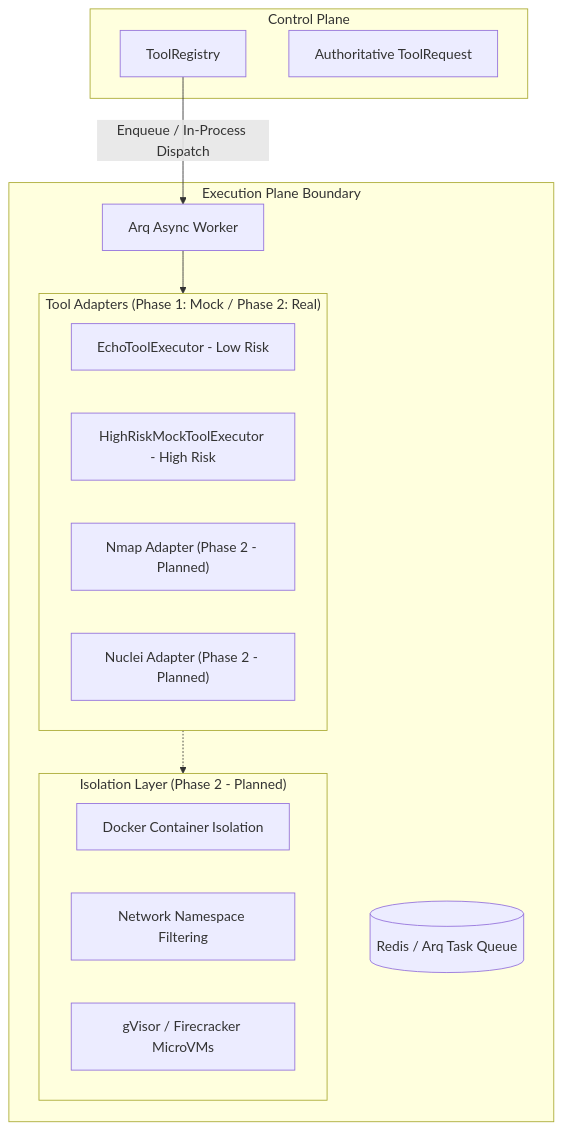
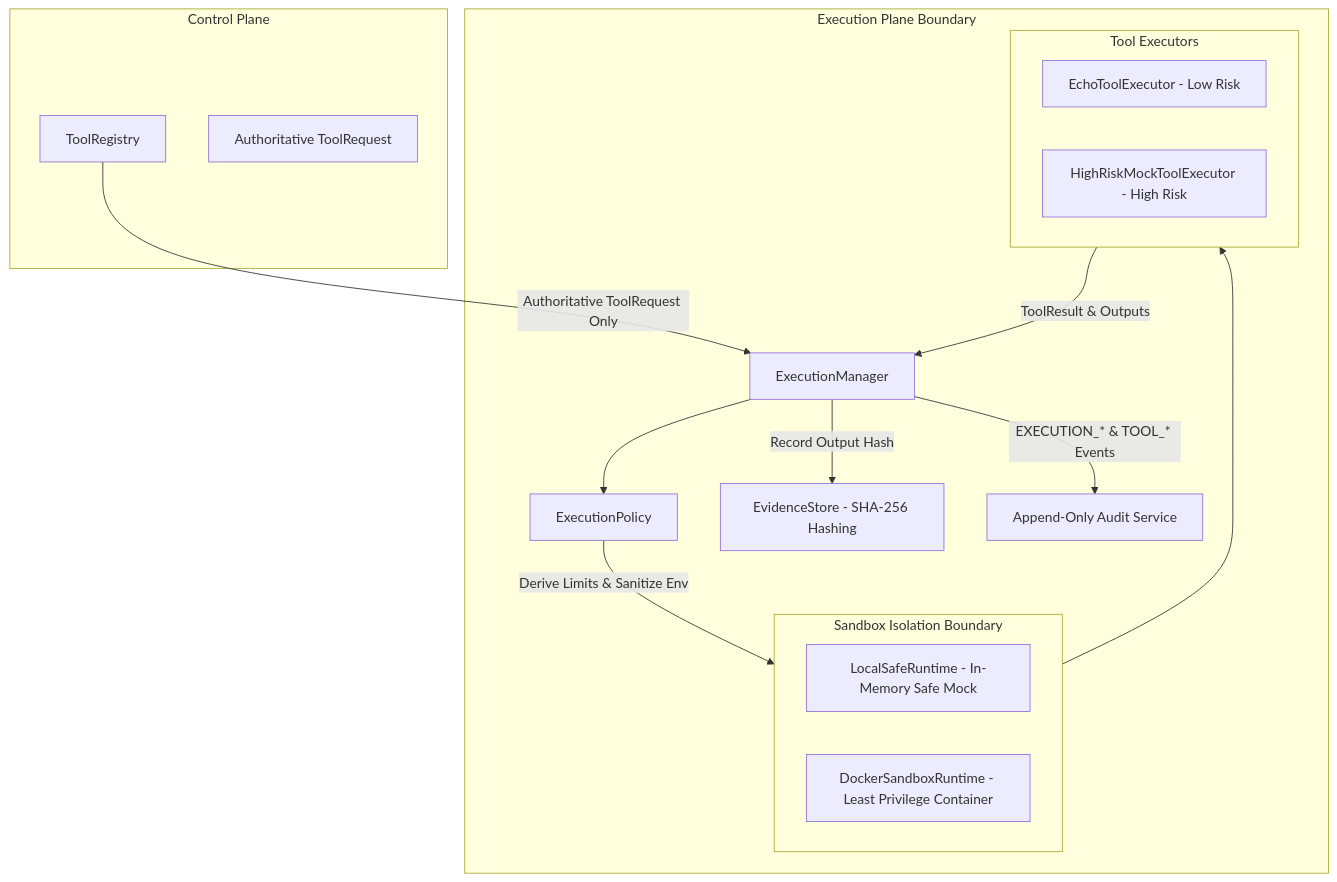
The diagram in docs/architecture/execution-plane.md (jivi001/ARKA), drawn with Mermaid before and after one commit. The commit also changed other lines of this file and 22 other files, not shown here.

Commit message:
2.1-implement secure execution engine with sandbox runtime and policy enforcement

````diff
--- a/docs/architecture/execution-plane.md
+++ b/docs/architecture/execution-plane.md
@@ -9,29 +9,33 @@
 ```mermaid
 graph TD
     subgraph ControlPlane["Control Plane"]
         TR[ToolRegistry]
         AuthReq[Authoritative ToolRequest]
     end
 
     subgraph ExecutionPlane["Execution Plane Boundary"]
-        Queue[(Redis / Arq Task Queue)]
-        Worker[Arq Async Worker]
+        EM[ExecutionManager]
+        EP[ExecutionPolicy]
         
-        subgraph Adapters["Tool Adapters (Phase 1: Mock / Phase 2: Real)"]
+        subgraph IsolationRuntimes["Sandbox Isolation Boundary"]
+            LocalRT[LocalSafeRuntime - In-Memory Safe Mock]
+            DockerRT[DockerSandboxRuntime - Least Privilege Container]
+        end
+
+        subgraph Adapters["Tool Executors"]
             Echo[EchoToolExecutor - Low Risk]
             HighMock[HighRiskMockToolExecutor - High Risk]
-            NmapAdapter["Nmap Adapter (Phase 2 - Planned)"]
-            NucleiAdapter["Nuclei Adapter (Phase 2 - Planned)"]
         end
-
-        subgraph Isolation["Isolation Layer (Phase 2 - Planned)"]
-            DockerRun["Docker Container Isolation"]
-            NetNS["Network Namespace Filtering"]
-            Sandbox["gVisor / Firecracker MicroVMs"]
-        end
+        
+        Evidence[EvidenceStore - SHA-256 Hashing]
+        Audit[Append-Only Audit Service]
     end
 
-    TR -->|Enqueue / In-Process Dispatch| Worker
-    Worker --> Adapters
-    Adapters -.-> Isolation
+    TR -->|Authoritative ToolRequest Only| EM
+    EM --> EP
+    EP -->|Derive Limits & Sanitize Env| IsolationRuntimes
+    IsolationRuntimes --> Adapters
+    Adapters -->|ToolResult & Outputs| EM
+    EM -->|Record Output Hash| Evidence
+    EM -->|EXECUTION_* & TOOL_* Events| Audit
 ```
````
